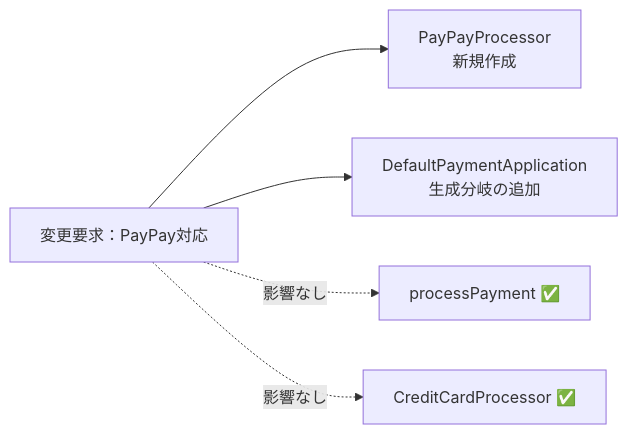
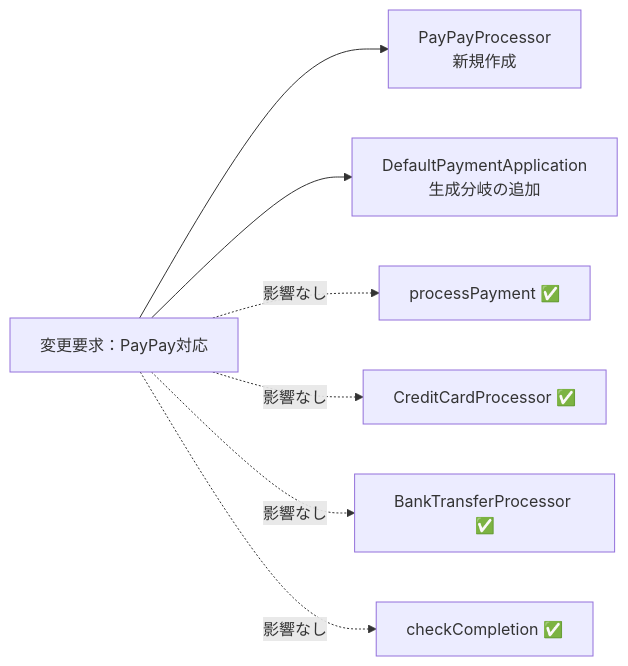
Before and after one commit to kumachan1101-pixel/DesignPattern: the eighth of 9 diagrams in kindle/design-patterns/output/chapter08.md, drawn with Mermaid. The commit also changed other lines of this file, not shown here.

````diff
--- a/kindle/design-patterns/output/chapter08.md
+++ b/kindle/design-patterns/output/chapter08.md
@@ -1452,7 +2091,9 @@
 ```mermaid
 graph LR
     T1["変更要求：PayPay対応"] --> F0["PayPayProcessor<br>新規作成"]
     T1 --> F1["DefaultPaymentApplication<br>生成分岐の追加"]
     T1 -. "影響なし" .-> A["processPayment ✅"]
     T1 -. "影響なし" .-> B["CreditCardProcessor ✅"]
+    T1 -. "影響なし" .-> C["BankTransferProcessor ✅"]
+    T1 -. "影響なし" .-> D["checkCompletion ✅"]
 ```
````
